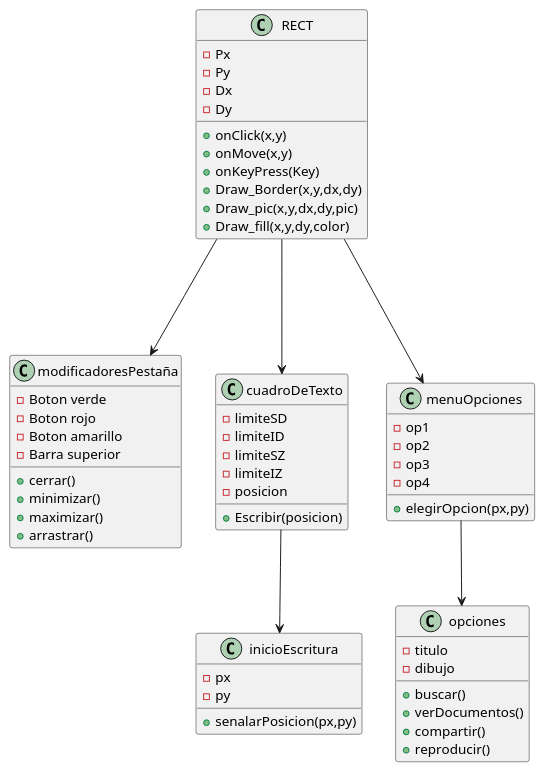
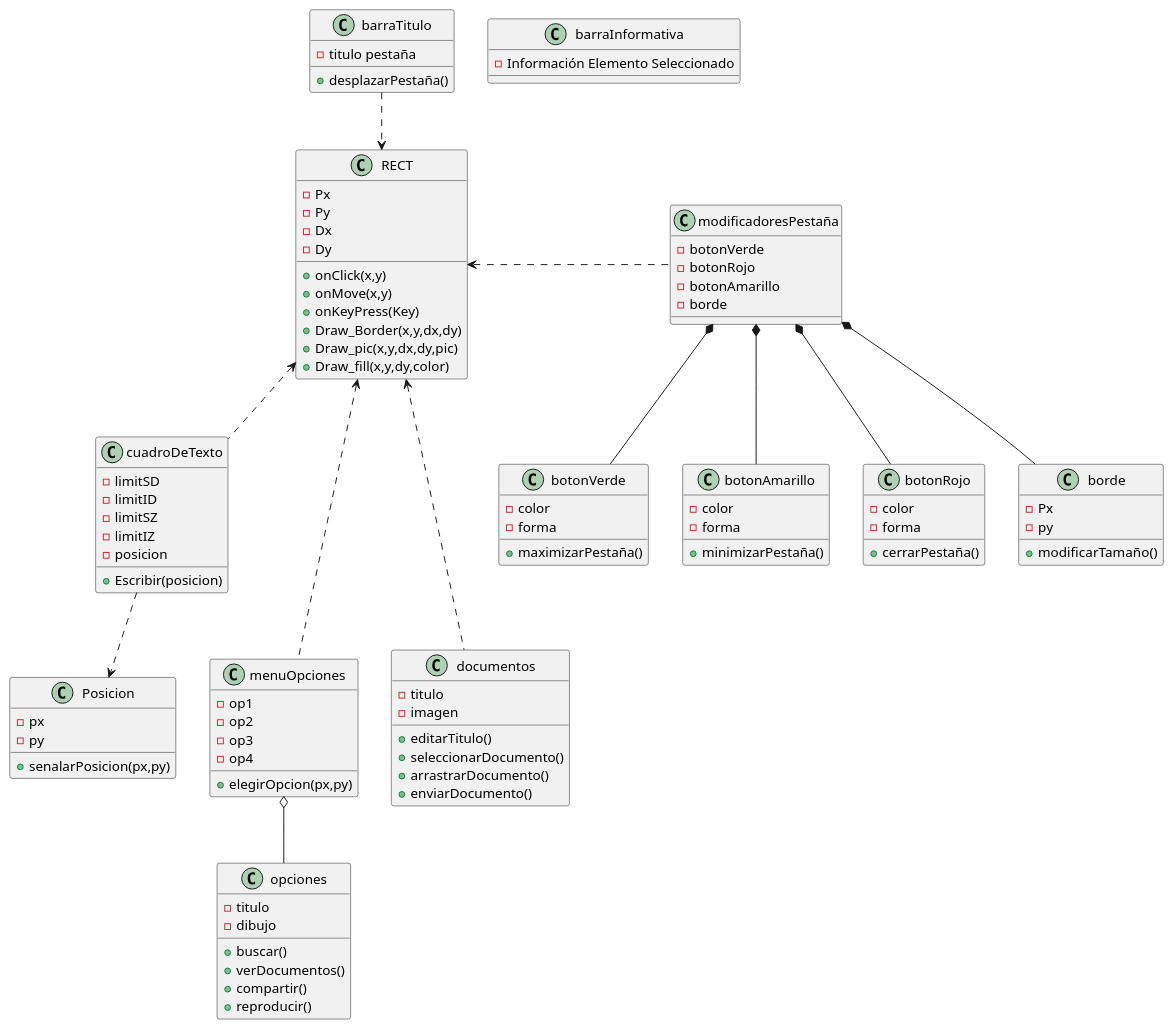
One commit to AshlieSalcedo/Doors changed the diagram in Doors/Diagrama Doors.puml. Above: the diagram before and after it, drawn with PlantUML. The commit also changed 5 other files, not shown here.

Commit message:
Avance del diagrama

```diff
--- a/Doors/Diagrama Doors.puml
+++ b/Doors/Diagrama Doors.puml
@@ -1,66 +1,116 @@
 @startuml
 'https://plantuml.com/sequence-diagram
 
 class RECT{
 -Px
 -Py
 -Dx
 -Dy
 +onClick(x,y)
 +onMove(x,y)
 +onKeyPress(Key)
 +Draw_Border(x,y,dx,dy)
 +Draw_pic(x,y,dx,dy,pic)
 +Draw_fill(x,y,dy,color)
 }
 
-class modificadoresPestaña{
--Boton verde
--Boton rojo
--Boton amarillo
--Barra superior
-+cerrar()
-+minimizar()
-+maximizar()
-+arrastrar()
+class barraTitulo {
+-titulo pestaña
++desplazarPestaña()
+}
+barraTitulo..>RECT
+
+class botonVerde {
+-color
+-forma
++maximizarPestaña()
 }
 
+class botonAmarillo {
+-color
+-forma
++minimizarPestaña()
+}
+
+class botonRojo {
+-color
+-forma
++cerrarPestaña()
+}
+
+class borde {
+-Px
+-py
++modificarTamaño()
+}
+
+class modificadoresPestaña{
+-botonVerde
+-botonRojo
+-botonAmarillo
+-borde
+}
+
+modificadoresPestaña *-- borde
+modificadoresPestaña *-- botonRojo
+modificadoresPestaña *-- botonAmarillo
+modificadoresPestaña *-- botonVerde
+
 class cuadroDeTexto {
--limiteSD
--limiteID
--limiteSZ
--limiteIZ
+-limitSD
+-limitID
+-limitSZ
+-limitIZ
 -posicion
 +Escribir(posicion)
 }
 
-class inicioEscritura {
+class Posicion {
 -px
 -py
 +senalarPosicion(px,py)
 }
 
-cuadroDeTexto --> inicioEscritura
 
 class menuOpciones {
 -op1
 -op2
 -op3
 -op4
 +elegirOpcion(px,py)
 }
 class opciones {
 -titulo
 -dibujo
 +buscar()
 +verDocumentos()
 +compartir()
 +reproducir()
 }
-menuOpciones --> opciones
-RECT ---> menuOpciones
+menuOpciones o-- opciones
+RECT <... menuOpciones
 
-RECT ---> modificadoresPestaña
-RECT ---> cuadroDeTexto
+RECT <. modificadoresPestaña
+RECT <.. cuadroDeTexto
+
+cuadroDeTexto ..>Posicion
+
+class documentos{
+-titulo
+-imagen
++editarTitulo()
++seleccionarDocumento()
++arrastrarDocumento()
++enviarDocumento()
+}
+RECT <-.. documentos
+
+class barraInformativa {
+-Información Elemento Seleccionado
+}
+
+
+
+
 
 @enduml
```
